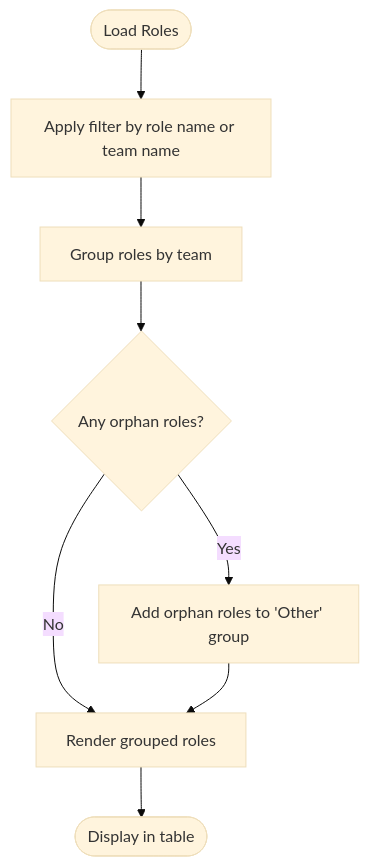
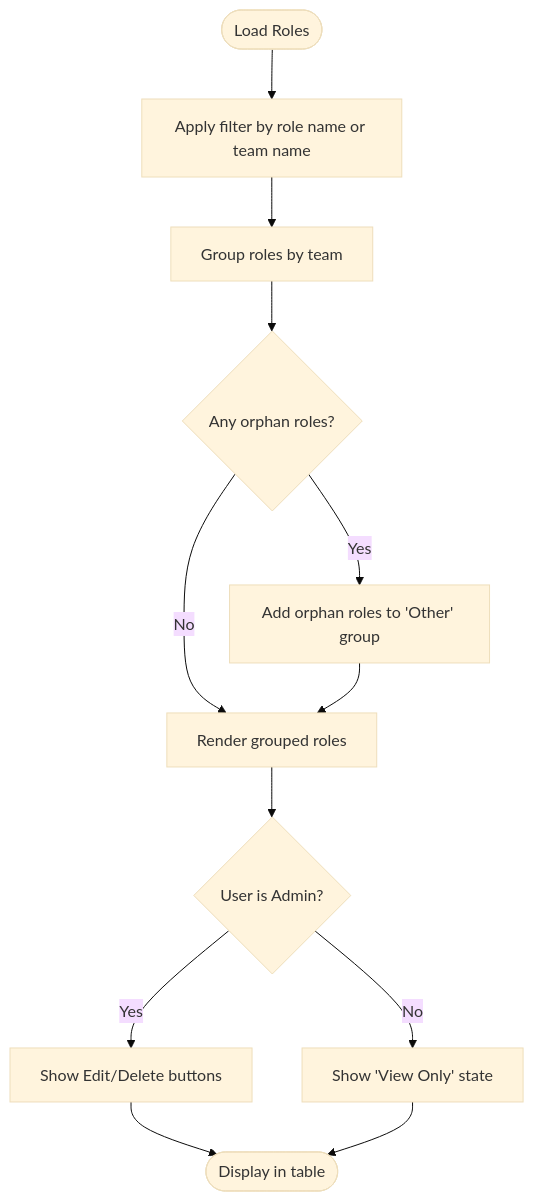
The fifth of 11 diagrams in .qoder/repowiki/en/content/Volunteer Management System/Role Assignment System.md (netdaniel/serveflow), drawn with Mermaid (base theme) before and after one commit. The commit also changed other lines of this file and 15 other files, not shown here.

````diff
--- a/.qoder/repowiki/en/content/Volunteer Management System/Role Assignment System.md
+++ b/.qoder/repowiki/en/content/Volunteer Management System/Role Assignment System.md
@@ -124,10 +222,14 @@
 ```mermaid
 flowchart TD
 Start(["Load Roles"]) --> Filter["Apply filter by role name or team name"]
 Filter --> GroupByTeam["Group roles by team"]
 GroupByTeam --> CheckOrphans{"Any orphan roles?"}
 CheckOrphans --> |Yes| AddOther["Add orphan roles to 'Other' group"]
 CheckOrphans --> |No| Render["Render grouped roles"]
 AddOther --> Render
-Render --> End(["Display in table"])
+Render --> CheckRole{"User is Admin?"}
+CheckRole --> |Yes| ShowActions["Show Edit/Delete buttons"]
+CheckRole --> |No| ShowViewOnly["Show 'View Only' state"]
+ShowActions --> End(["Display in table"])
+ShowViewOnly --> End
 ```
````
